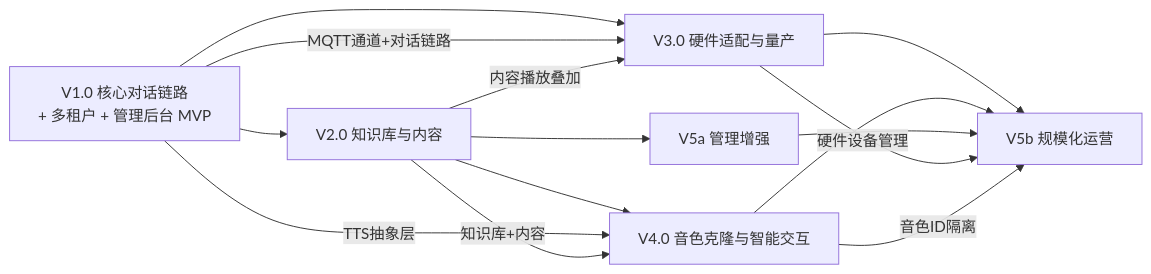
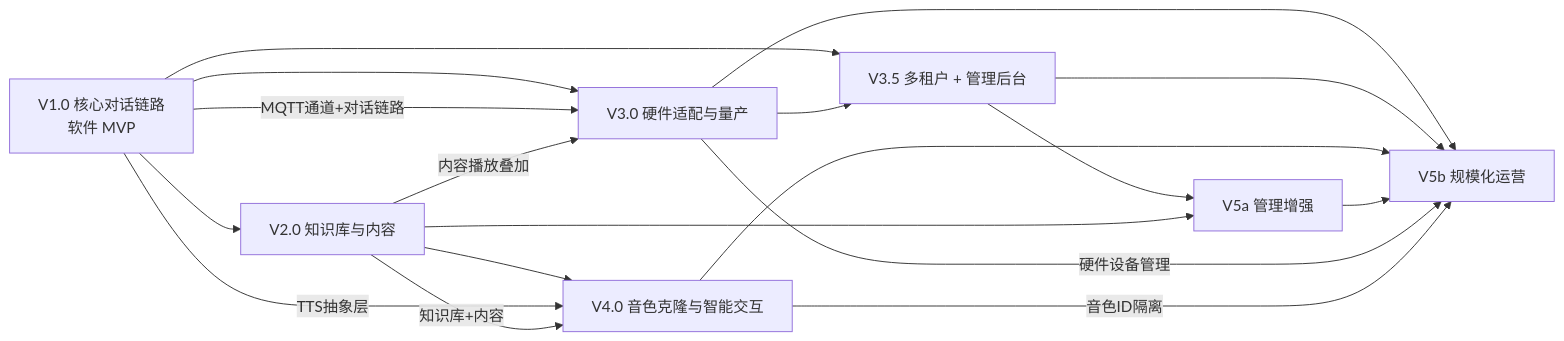
The diagram in docs/ROADMAP.md (harunme/minibot), drawn with Mermaid before and after one commit. The commit also changed other lines of this file and 1 other file, not shown here.

````diff
--- a/docs/ROADMAP.md
+++ b/docs/ROADMAP.md
@@ -332,17 +351,21 @@
 ```mermaid
 graph LR
-    V1[V1.0 核心对话链路<br/>+ 多租户 + 管理后台 MVP] --> V2[V2.0 知识库与内容]
+    V1[V1.0 核心对话链路<br/>软件 MVP] --> V2[V2.0 知识库与内容]
     V1 --> V3[V3.0 硬件适配与量产]
+    V1 --> V3_5[V3.5 多租户 + 管理后台]
+    V3 --> V3_5
     V2 --> V4[V4.0 音色克隆与智能交互]
-    V2 --> V5a[V5a 管理增强]
+    V3_5 --> V5a[V5a 管理增强]
+    V2 --> V5a
     V3 --> V5b[V5b 规模化运营]
+    V3_5 --> V5b
     V4 --> V5b
     V5a --> V5b
     
     V1 --> |TTS抽象层| V4
     V1 --> |MQTT通道+对话链路| V3
     V2 --> |内容播放叠加| V3
     V2 --> |知识库+内容| V4
     V3 --> |硬件设备管理| V5b
     V4 --> |音色ID隔离| V5b
 ```
````
